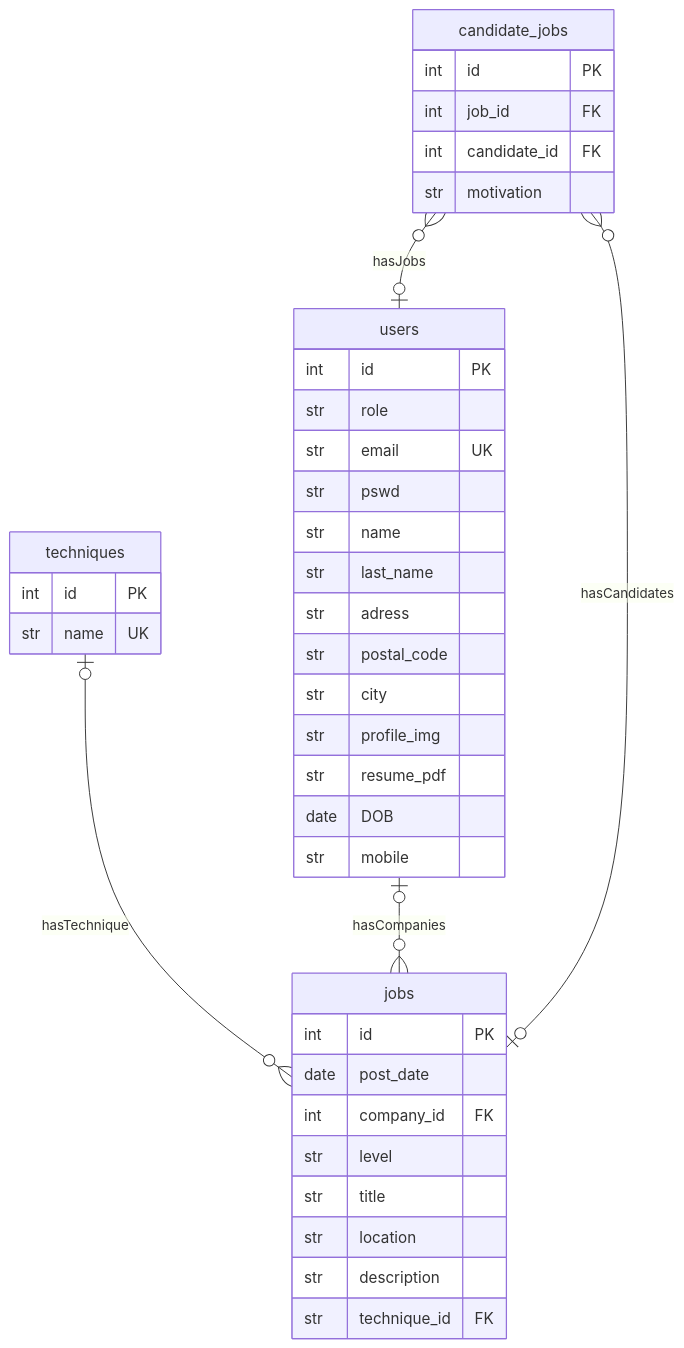
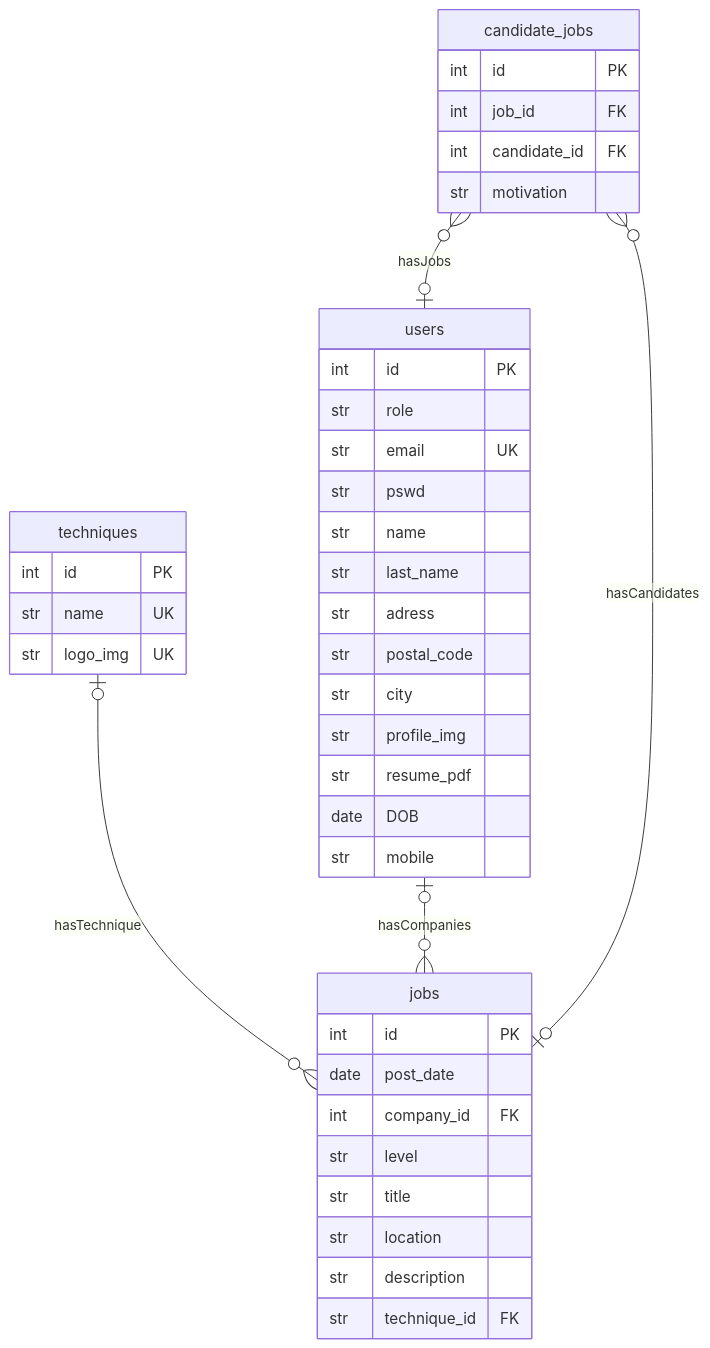
Before and after one commit to uknowwho/educom-vacIT: the diagram in static/img/erd.md, drawn with Mermaid.

Commit message:
added logo path to techniques table

````diff
--- a/static/img/erd.md
+++ b/static/img/erd.md
@@ -1,50 +1,51 @@
 ```mermaid
 erDiagram
     jobs {
         int id PK
         date post_date
         int company_id FK
         str level
         str title
         str location
         str description
         str technique_id FK
     }
 
     techniques o|--o{ jobs: hasTechnique
     techniques {
         int id PK
         str name UK
+        str logo_img UK
     }
 
     users o|--}o jobs: hasCompanies
     users {
         int id PK
         str role
         str email UK
         str pswd
         str name
         str last_name
         str adress
         str postal_code
         str city
         str profile_img
         str resume_pdf
         date DOB
         str mobile
     }
     %% candidates and companies are both in the users table
     %% the name is the name of the company or the first name of the candidate
     %% the profile_img is the logo of the company or the cover img of the candidate
     %% last_name, resume_pdf, DOB and mobile are NULL when the user is a company
     %% only role, email, pswd, name and profile_img are filled in for the admin user, all else NULL
 
     candidate_jobs o{--|o jobs: hasCandidates
     candidate_jobs o{--|o users: hasJobs
     candidate_jobs {
         int id PK
         int job_id FK
         int candidate_id FK 
         str motivation
     }
 ```
````
